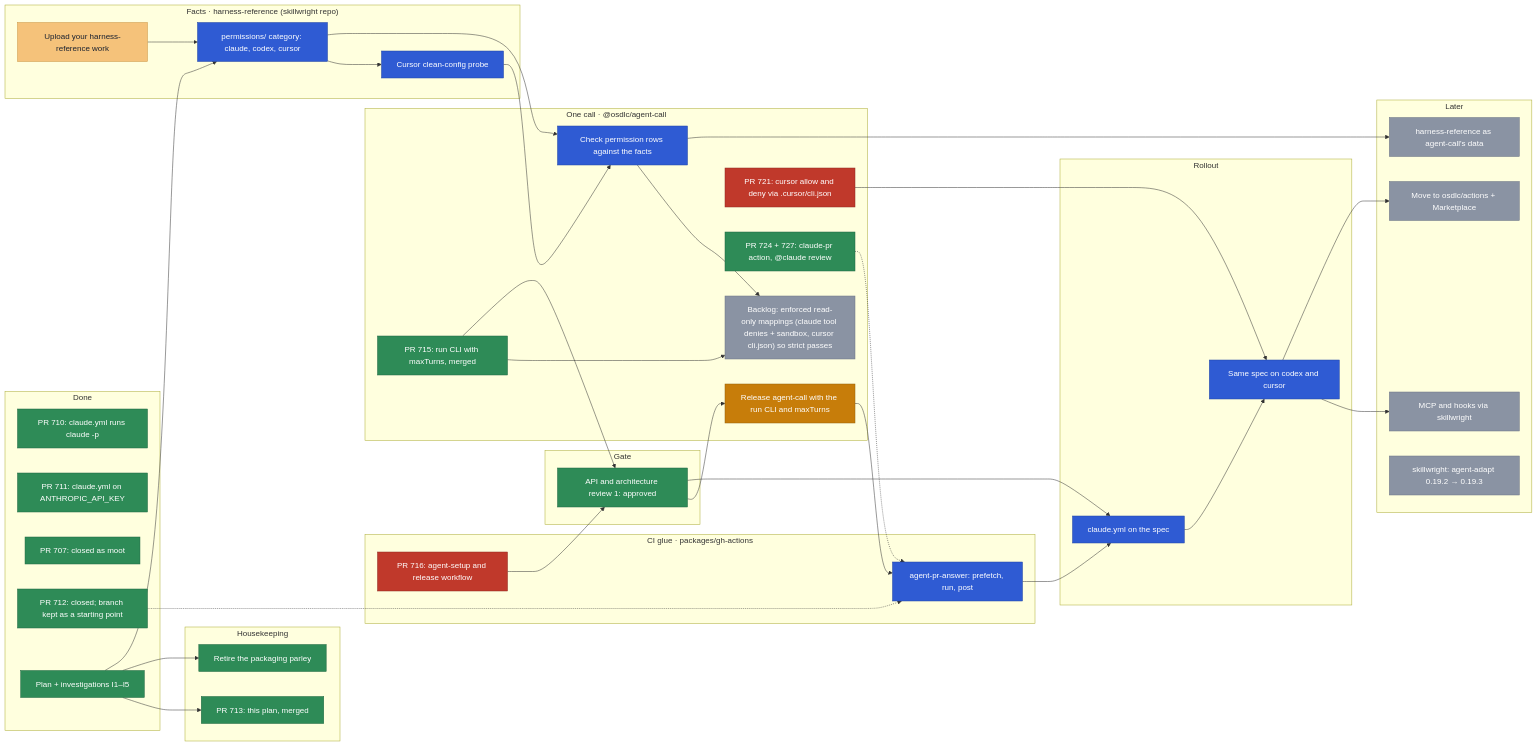
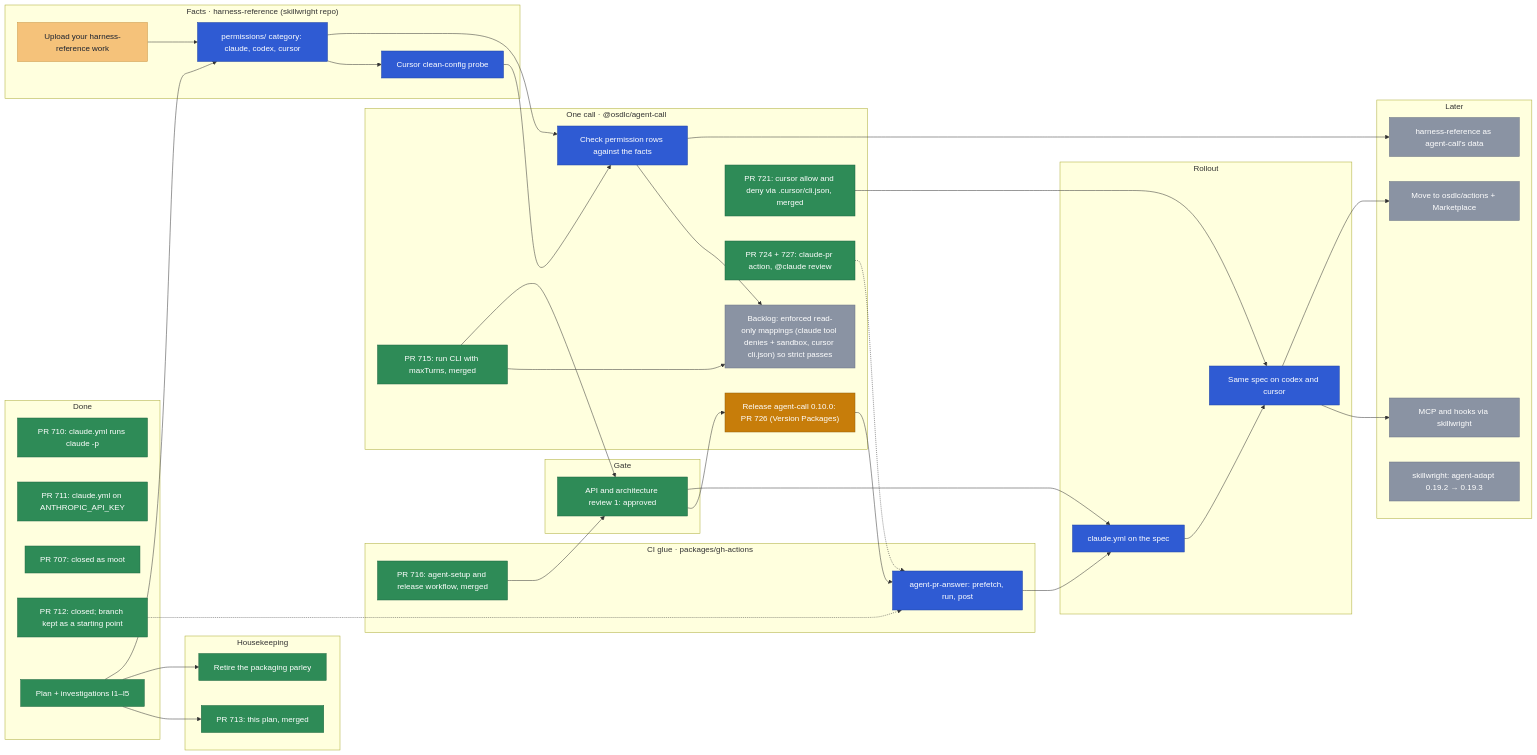
The diagram in docs/planning/agent-ci.md (osdlc/osdlc), drawn with Mermaid before and after one commit. The commit also changed other lines of this file, not shown here.

Commit message:
docs(planning): PRs 716, 721 and 723 merged; release via 726

````diff
--- a/docs/planning/agent-ci.md
+++ b/docs/planning/agent-ci.md
@@ -58,15 +58,15 @@
     RUN["PR 715: run CLI with maxTurns, merged"]
     CHECK["Check permission rows against the facts"]
     STRICT["Backlog: enforced read-only mappings (claude tool denies + sandbox, cursor cli.json) so strict passes"]
-    CUR["PR 721: cursor allow and deny via .cursor/cli.json"]
+    CUR["PR 721: cursor allow and deny via .cursor/cli.json, merged"]
     REV["PR 724 + 727: claude-pr action, @claude review"]
-    REL["Release agent-call with the run CLI and maxTurns"]
+    REL["Release agent-call 0.10.0: PR 726 (Version Packages)"]
   end
   subgraph gate["Gate"]
     ARCH["API and architecture review 1: approved"]
   end
   subgraph acts["CI glue · packages/gh-actions"]
-    SETUP["PR 716: agent-setup and release workflow"]
+    SETUP["PR 716: agent-setup and release workflow, merged"]
     ANS["agent-pr-answer: prefetch, run, post"]
   end
   subgraph roll["Rollout"]
@@ -114,10 +114,10 @@
   classDef later fill:#8a93a3,stroke:#6b7384,color:#ffffff
   class W710,P711,P707,P712,PLAN,PARLEY,PLANPR,ARCH,RUN done
   class UP yours
-  class SETUP blocked
+  class SETUP done
   class REV done
   class PERM,PROBE,CHECK,ANS,SPEC,MULTI next
   class REL active
-  class CUR blocked
+  class CUR done
   class MCP,PUB,DATA,PIN,STRICT later
 ```
````
